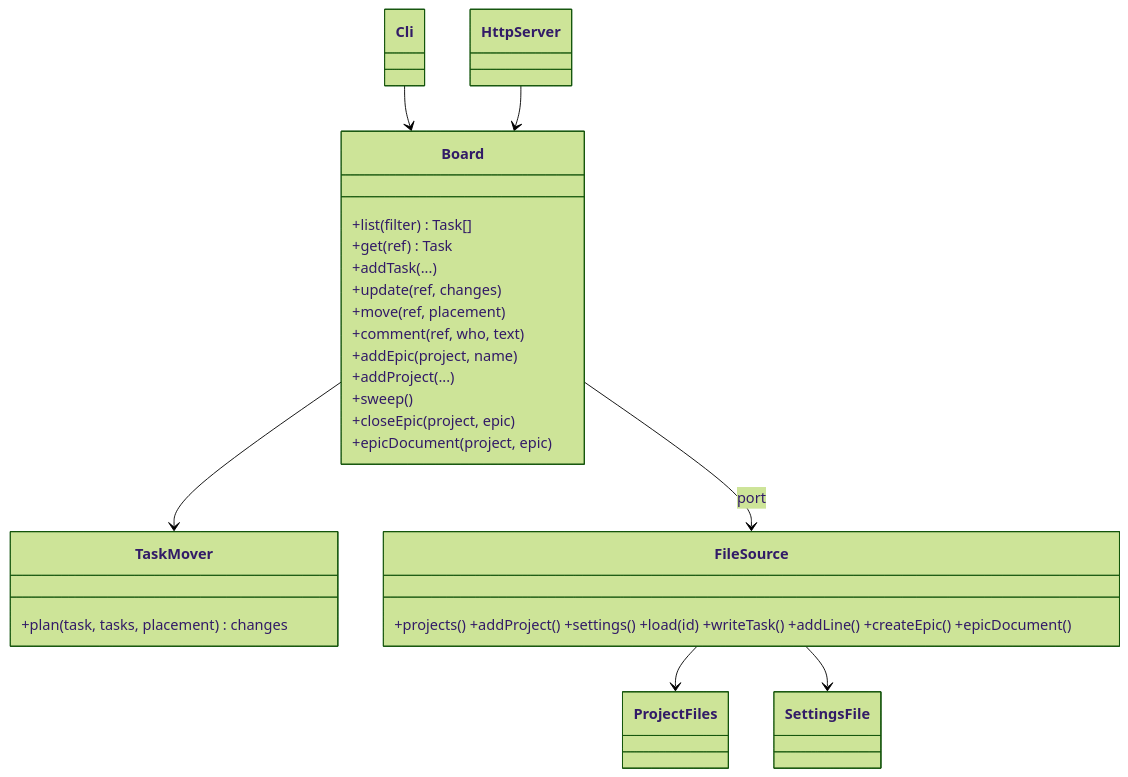
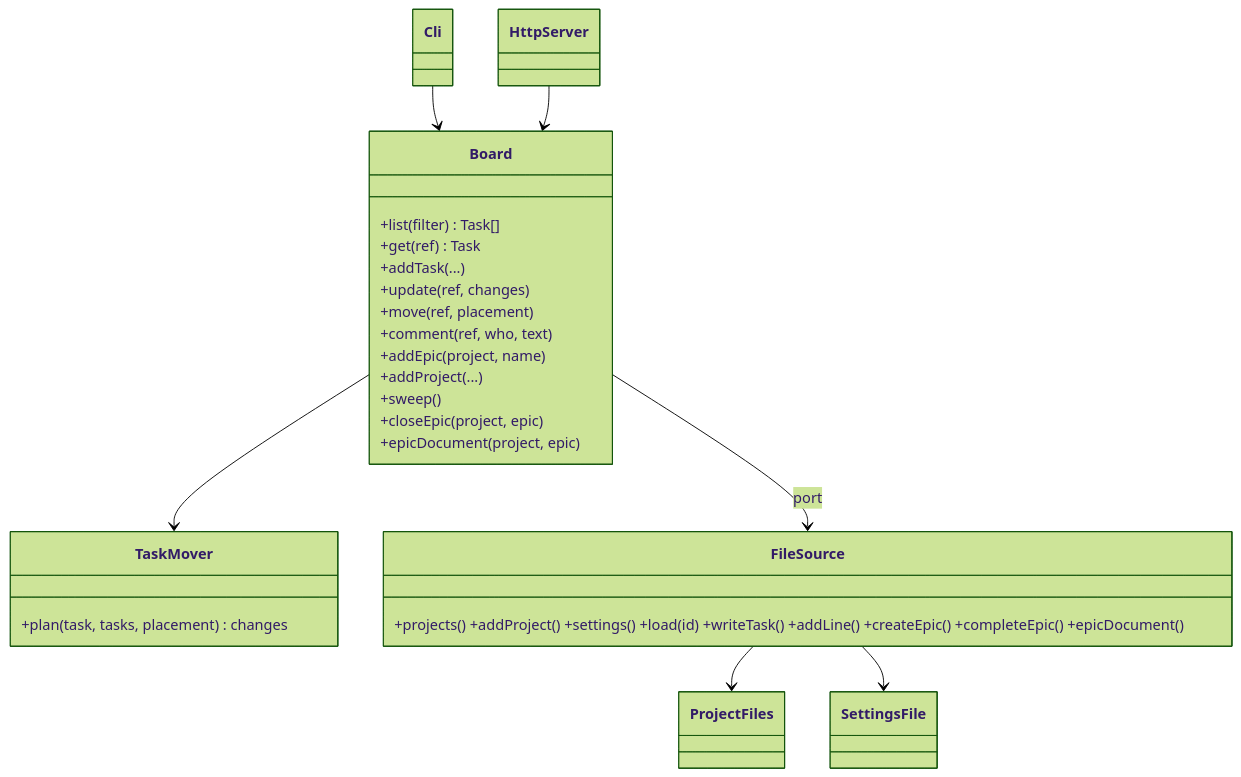
The diagram in Docs/Architecture.md (TabuNuf/doit), drawn with Mermaid (forest theme) before and after one commit. The commit also changed other lines of this file and 7 other files, not shown here.

````diff
--- a/Docs/Architecture.md
+++ b/Docs/Architecture.md
@@ -37,28 +37,28 @@
 ```mermaid
 classDiagram
   class Board {
     +list(filter) Task[]
     +get(ref) Task
     +addTask(...)
     +update(ref, changes)
     +move(ref, placement)
     +comment(ref, who, text)
     +addEpic(project, name)
     +addProject(...)
     +sweep()
     +closeEpic(project, epic)
     +epicDocument(project, epic)
   }
   class TaskMover { +plan(task, tasks, placement) changes }
-  class FileSource { +projects() +addProject() +settings() +load(id) +writeTask() +addLine() +createEpic() +epicDocument() }
+  class FileSource { +projects() +addProject() +settings() +load(id) +writeTask() +addLine() +createEpic() +completeEpic() +epicDocument() }
   class ProjectFiles
   class SettingsFile
   class Cli
   class HttpServer
   Board --> TaskMover
   Board --> FileSource : port
   FileSource --> ProjectFiles
   FileSource --> SettingsFile
   Cli --> Board
   HttpServer --> Board
 ```
````
